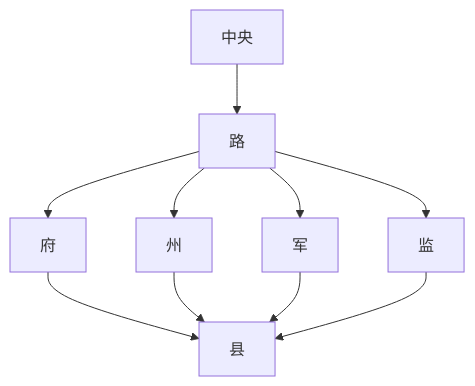
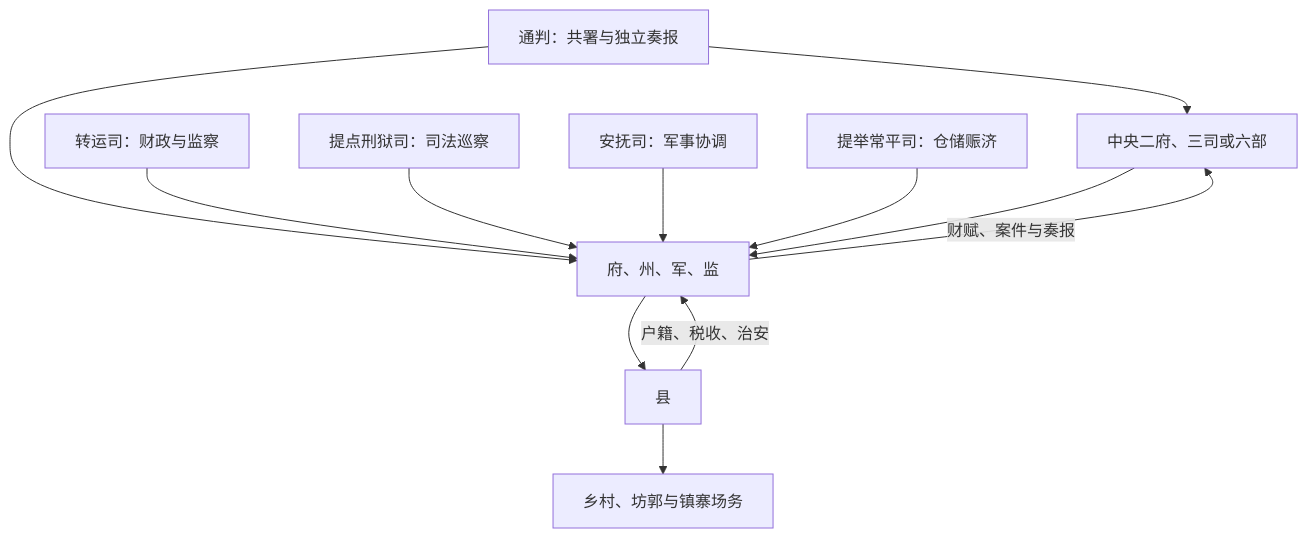
Before and after one commit to tianlan-dev/learning-notes: the diagram in 人文科学/历史/东亚/中国/_制度/地方行政区划/历代地方区划/宋.md, drawn with Mermaid. The commit also changed other lines of this file and 1417 other files, not shown here.

````diff
--- a/人文科学/历史/东亚/中国/_制度/地方行政区划/历代地方区划/宋.md
+++ b/人文科学/历史/东亚/中国/_制度/地方行政区划/历代地方区划/宋.md
@@ -18,12 +23,14 @@
 ```mermaid
 flowchart TD
-    A["中央"] --> B["路"]
-    B --> C["府"]
-    B --> D["州"]
-    B --> E["军"]
-    B --> F["监"]
-    C --> G["县"]
-    D --> G
-    E --> G
-    F --> G
+    C["中央二府、三司或六部"] --> Z["府、州、军、监"]
+    Z --> X["县"]
+    X --> G["乡村、坊郭与镇寨场务"]
+    T["转运司：财政与监察"] --> Z
+    P["提点刑狱司：司法巡察"] --> Z
+    A["安抚司：军事协调"] --> Z
+    W["提举常平司：仓储赈济"] --> Z
+    Z -->|财赋、案件与奏报| C
+    X -->|户籍、税收、治安| Z
+    K["通判：共署与独立奏报"] --> Z
+    K --> C
 ```
````
